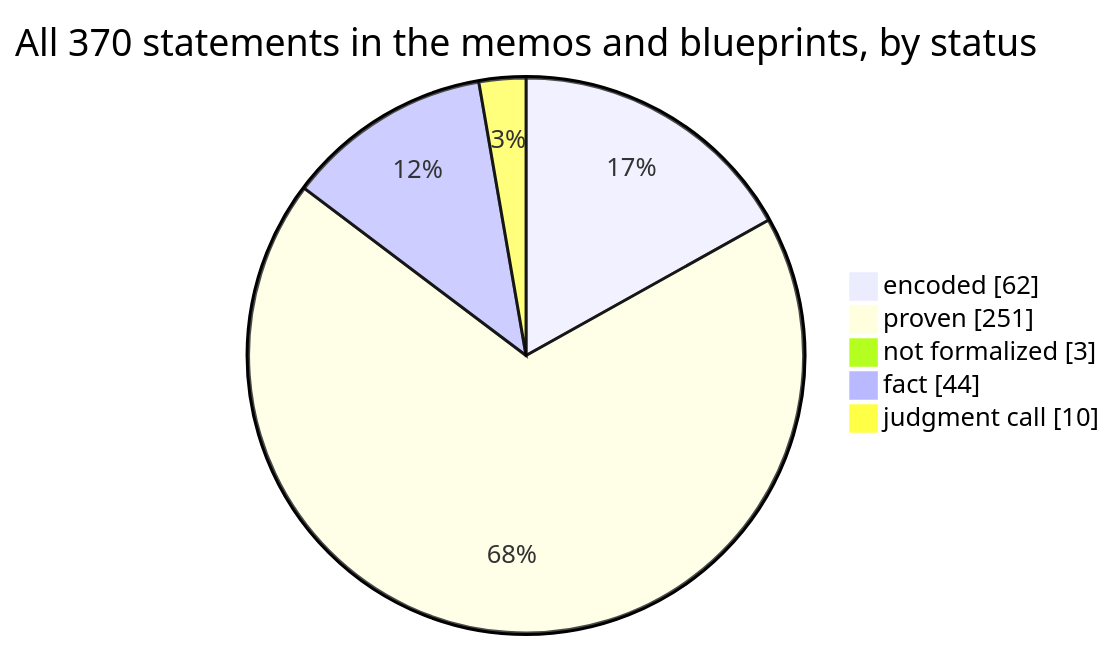
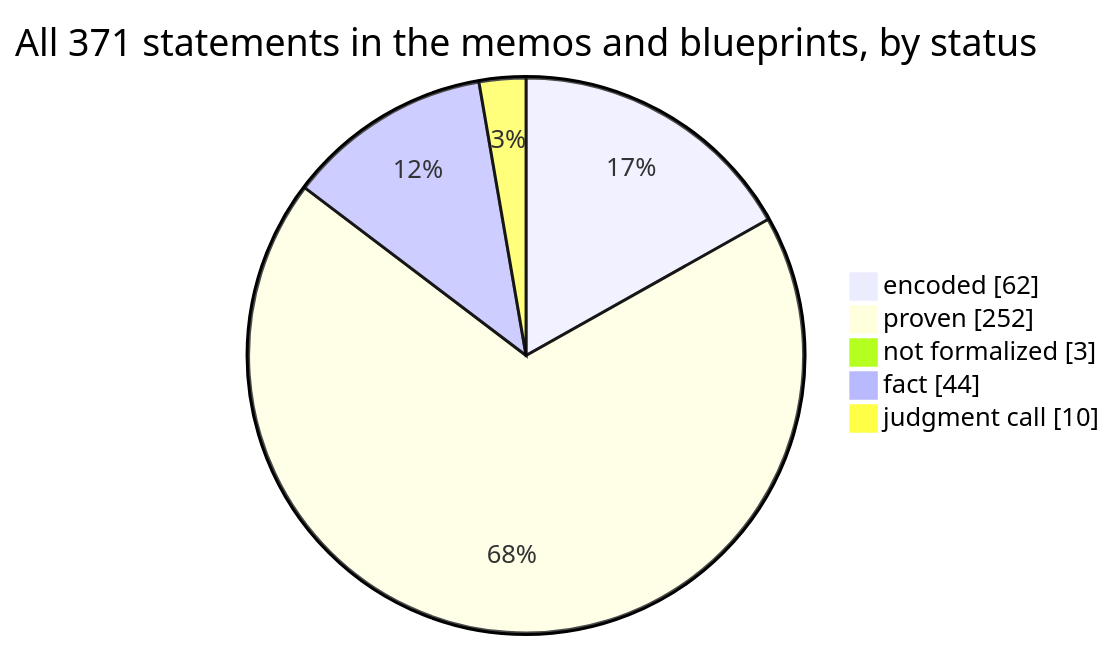
The first of 4 diagrams in docs/graphs/dashboard.md (SeanWMurray/Canteen), drawn with Mermaid before and after one commit. The commit also changed other lines of this file and 14 other files, not shown here.

````diff
--- a/docs/graphs/dashboard.md
+++ b/docs/graphs/dashboard.md
@@ -11,8 +11,8 @@
 ```mermaid
-pie showData title All 370 statements in the memos and blueprints, by status
+pie showData title All 371 statements in the memos and blueprints, by status
     "encoded" : 62
-    "proven" : 251
+    "proven" : 252
     "not formalized" : 3
     "fact" : 44
     "judgment call" : 10
 ```
````
